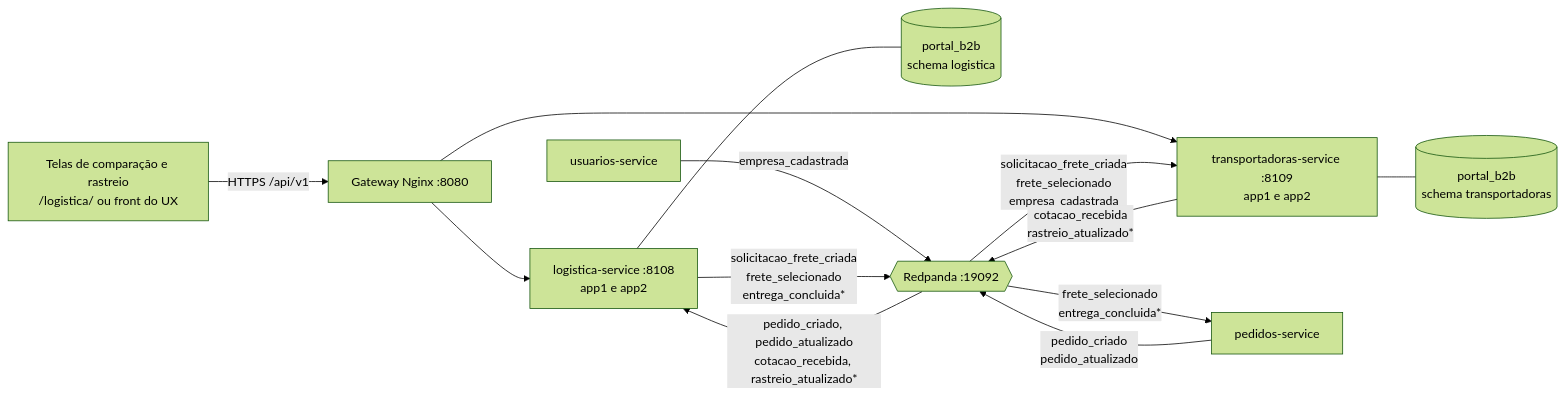
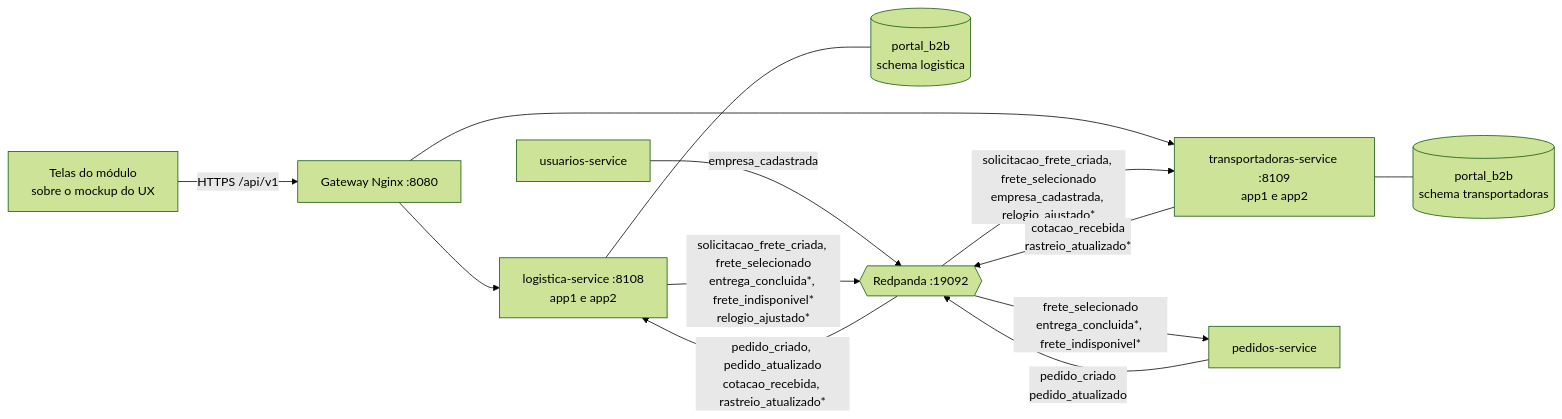
One commit to ArrozbR/portal-b2b-logistica-transporte changed the first of 4 diagrams in docs/02-arquitetura-proposta.md. Above: the diagram before and after it, drawn with Mermaid (forest theme). The commit also changed other lines of this file and 9 other files, not shown here.

````diff
--- a/docs/02-arquitetura-proposta.md
+++ b/docs/02-arquitetura-proposta.md
@@ -9,16 +9,16 @@
 ```mermaid
 flowchart LR
-    FE[Telas de comparação e rastreio<br/>/logistica/ ou front do UX] -->|HTTPS /api/v1| GW[Gateway Nginx :8080]
+    FE[Telas do módulo<br/>sobre o mockup do UX] -->|HTTPS /api/v1| GW[Gateway Nginx :8080]
     GW --> LOG[logistica-service :8108<br/>app1 e app2]
     GW --> TRP[transportadoras-service :8109<br/>app1 e app2]
     LOG --- DBL[(portal_b2b<br/>schema logistica)]
     TRP --- DBT[(portal_b2b<br/>schema transportadoras)]
 
     PED[pedidos-service] -->|pedido_criado<br/>pedido_atualizado| K{{Redpanda :19092}}
     USR[usuarios-service] -->|empresa_cadastrada| K
     K -->|pedido_criado, pedido_atualizado<br/>cotacao_recebida, rastreio_atualizado*| LOG
-    LOG -->|solicitacao_frete_criada<br/>frete_selecionado<br/>entrega_concluida*| K
-    K -->|solicitacao_frete_criada<br/>frete_selecionado<br/>empresa_cadastrada| TRP
+    LOG -->|solicitacao_frete_criada, frete_selecionado<br/>entrega_concluida*, frete_indisponivel*<br/>relogio_ajustado*| K
+    K -->|solicitacao_frete_criada, frete_selecionado<br/>empresa_cadastrada, relogio_ajustado*| TRP
     TRP -->|cotacao_recebida<br/>rastreio_atualizado*| K
-    K -->|frete_selecionado<br/>entrega_concluida*| PED
+    K -->|frete_selecionado<br/>entrega_concluida*, frete_indisponivel*| PED
 ```
````
